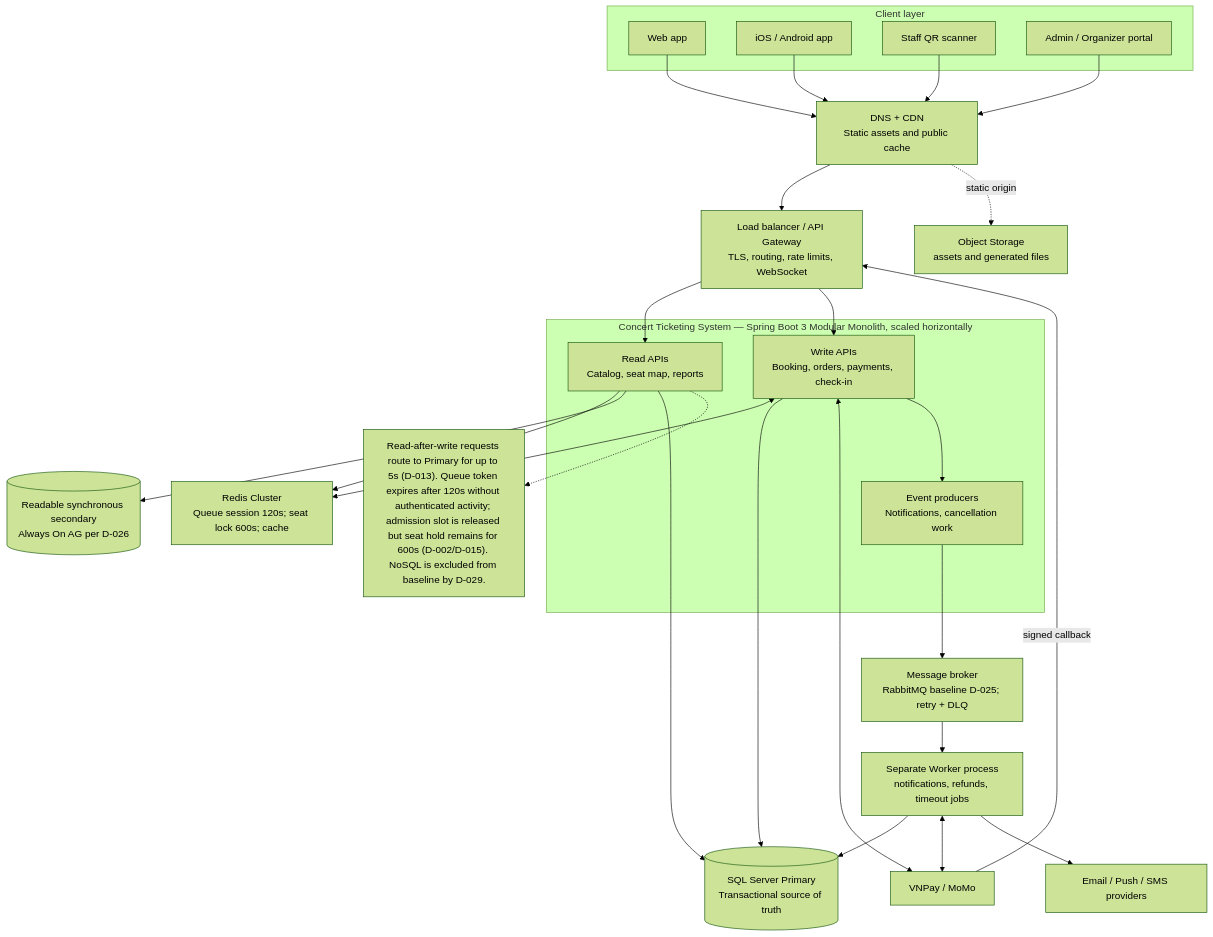
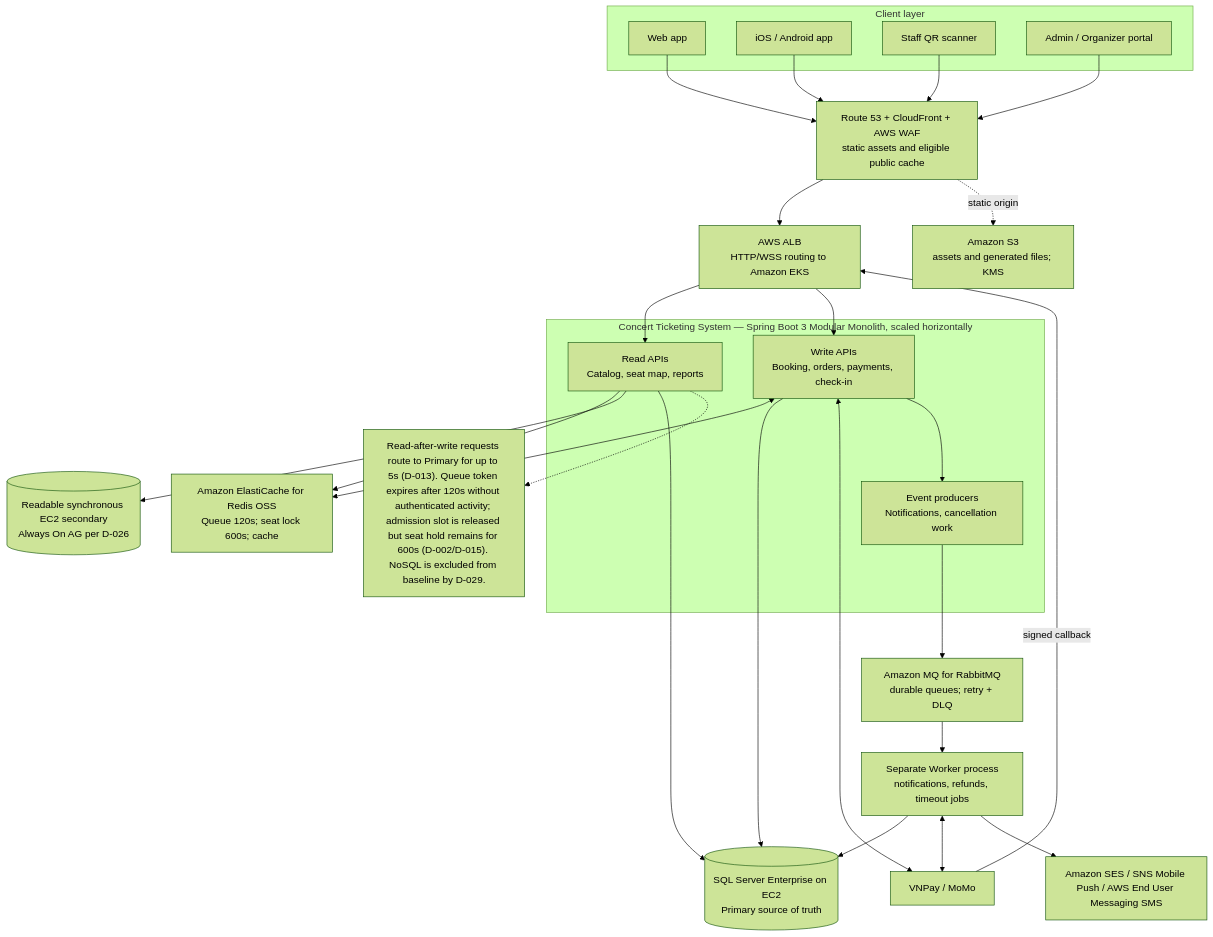
One commit to toanteng11/concert-ticketing-docs changed the diagram in business-analysis/06_System_Design_And_Tools_(Architecture_And_Tools)/01_High_Level_Client_Server_And_API_Gateway_Architecture.md. Above: the diagram before and after it, drawn with Mermaid (forest theme). The commit also changed other lines of this file and 43 other files, not shown here.

````diff
--- a/business-analysis/06_System_Design_And_Tools_(Architecture_And_Tools)/01_High_Level_Client_Server_And_API_Gateway_Architecture.md
+++ b/business-analysis/06_System_Design_And_Tools_(Architecture_And_Tools)/01_High_Level_Client_Server_And_API_Gateway_Architecture.md
@@ -22,47 +22,47 @@
 ```mermaid
 flowchart TB
   subgraph CLIENTS["Client layer"]
     web["Web app"]
     mobile["iOS / Android app"]
     staff["Staff QR scanner"]
     admin["Admin / Organizer portal"]
   end
-  dns["DNS + CDN<br/>Static assets and public cache"]
-  lb["Load balancer / API Gateway<br/>TLS, routing, rate limits, WebSocket"]
+  dns["Route 53 + CloudFront + AWS WAF<br/>static assets and eligible public cache"]
+  lb["AWS ALB<br/>HTTP/WSS routing to Amazon EKS"]
   subgraph APP["Concert Ticketing System — Spring Boot 3 Modular Monolith, scaled horizontally"]
     read["Read APIs<br/>Catalog, seat map, reports"]
     write["Write APIs<br/>Booking, orders, payments, check-in"]
     producer["Event producers<br/>Notifications, cancellation work"]
   end
-  redis["Redis Cluster<br/>Queue session 120s; seat lock 600s; cache"]
-  sqlw[("SQL Server Primary<br/>Transactional source of truth")]
-  sqlr[("Readable synchronous secondary<br/>Always On AG per D-026")]
-  broker["Message broker<br/>RabbitMQ baseline D-025; retry + DLQ"]
+  redis["Amazon ElastiCache for Redis OSS<br/>Queue 120s; seat lock 600s; cache"]
+  sqlw[("SQL Server Enterprise on EC2<br/>Primary source of truth")]
+  sqlr[("Readable synchronous EC2 secondary<br/>Always On AG per D-026")]
+  broker["Amazon MQ for RabbitMQ<br/>durable queues; retry + DLQ"]
   worker["Separate Worker process<br/>notifications, refunds, timeout jobs"]
-  object["Object Storage<br/>assets and generated files"]
+  object["Amazon S3<br/>assets and generated files; KMS"]
   payments["VNPay / MoMo"]
-  channels["Email / Push / SMS providers"]
+  channels["Amazon SES / SNS Mobile Push / AWS End User Messaging SMS"]
   web --> dns
   mobile --> dns
   staff --> dns
   admin --> dns
   dns --> lb
   dns -.->|static origin| object
   lb --> read
   lb --> write
   read --> redis
   read --> sqlr
   read --> sqlw
   write <--> redis
   write --> sqlw
   write <--> payments
   payments -->|signed callback| lb
   write --> producer
   producer --> broker
   broker --> worker
   worker --> sqlw
   worker <--> payments
   worker --> channels
   note["Read-after-write requests route to Primary for up to 5s (D-013). Queue token expires after 120s without authenticated activity; admission slot is released but seat hold remains for 600s (D-002/D-015). NoSQL is excluded from baseline by D-029."]
   read -.-> note
 ```
````
